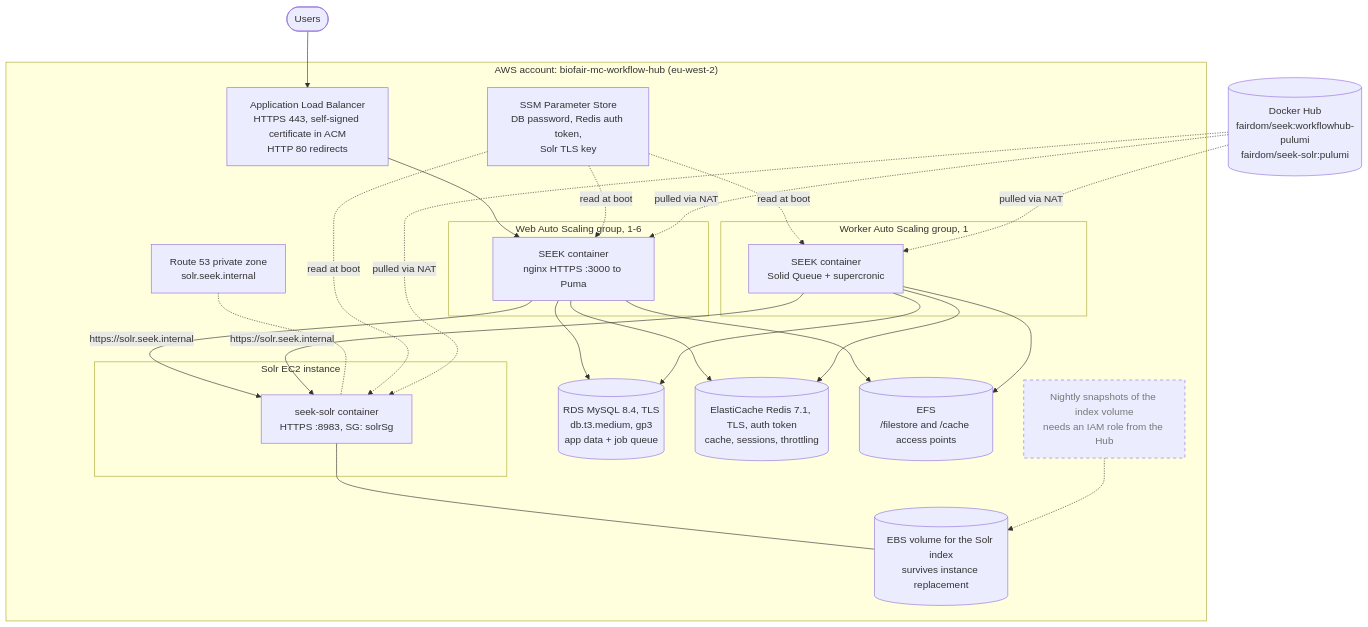
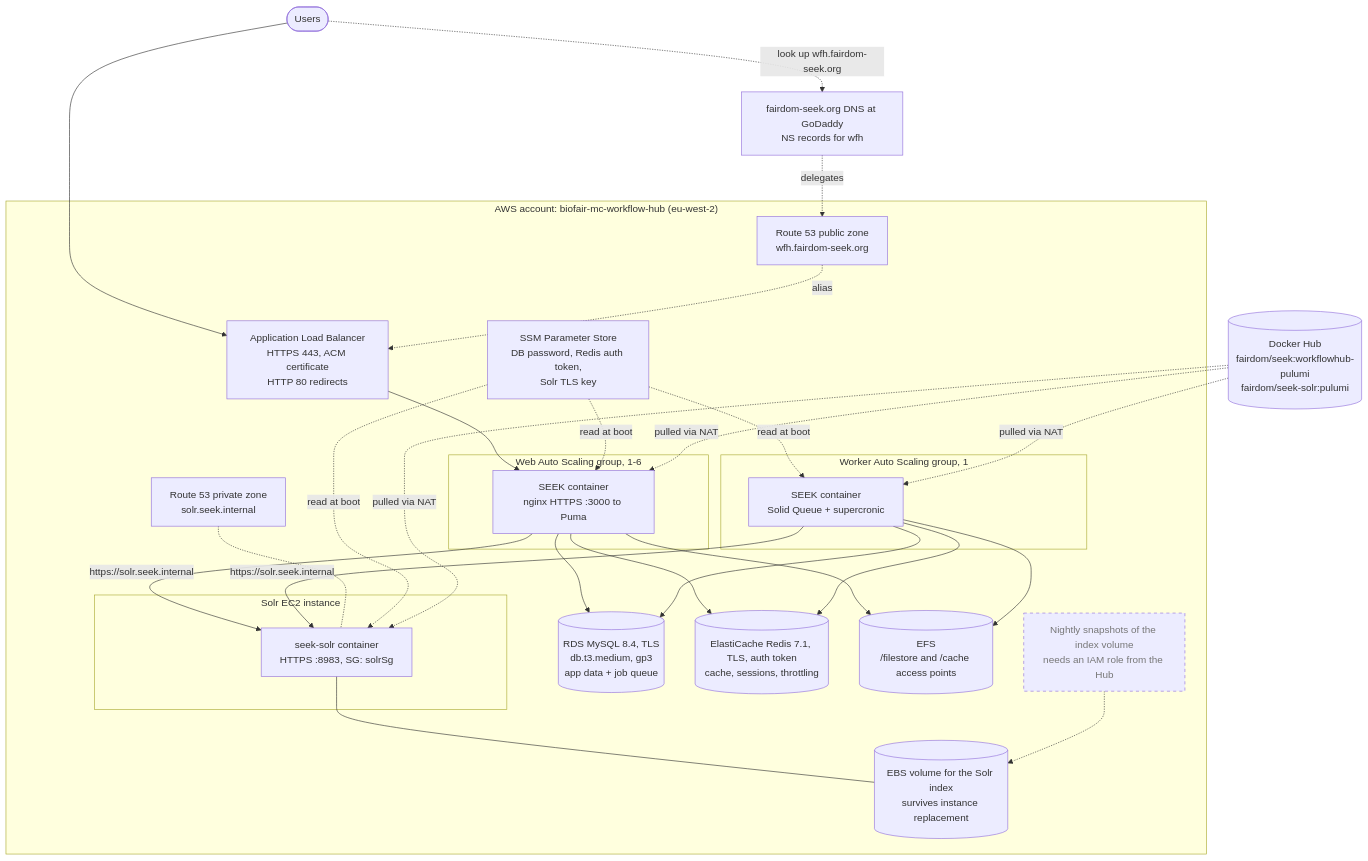
The second of 4 diagrams in docs/pulumi-architecture.md (seek4science/seek), drawn with Mermaid before and after one commit. The commit also changed other lines of this file and 3 other files, not shown here.

First line of the commit message:
Document the site's domain and ACM certificate

````diff
--- a/docs/pulumi-architecture.md
+++ b/docs/pulumi-architecture.md
@@ -65,50 +66,55 @@
 ```mermaid
 flowchart TB
     users(["Users"])
     hub[("Docker Hub<br/>fairdom/seek:workflowhub-pulumi<br/>fairdom/seek-solr:pulumi")]
+    parent["fairdom-seek.org DNS at GoDaddy<br/>NS records for wfh"]
 
     subgraph aws["AWS account: biofair-mc-workflow-hub (eu-west-2)"]
-        alb["Application Load Balancer<br/>HTTPS 443, self-signed certificate in ACM<br/>HTTP 80 redirects"]
+        alb["Application Load Balancer<br/>HTTPS 443, ACM certificate<br/>HTTP 80 redirects"]
 
         subgraph webasg["Web Auto Scaling group, 1-6"]
             web["SEEK container<br/>nginx HTTPS :3000 to Puma"]
         end
         subgraph workerasg["Worker Auto Scaling group, 1"]
             workers["SEEK container<br/>Solid Queue + supercronic"]
         end
         subgraph solrbox["Solr EC2 instance"]
             solr["seek-solr container<br/>HTTPS :8983, SG: solrSg"]
         end
 
         privdns["Route 53 private zone<br/>solr.seek.internal"]
+        pubdns["Route 53 public zone<br/>wfh.fairdom-seek.org"]
         rds[("RDS MySQL 8.4, TLS<br/>db.t3.medium, gp3<br/>app data + job queue")]
         redis[("ElastiCache Redis 7.1, TLS, auth token<br/>cache, sessions, throttling")]
         efs[("EFS<br/>/filestore and /cache access points")]
         params["SSM Parameter Store<br/>DB password, Redis auth token,<br/>Solr TLS key"]
 
         ebs[("EBS volume for the Solr index<br/>survives instance replacement")]
         snaps["Nightly snapshots of the index volume<br/>needs an IAM role from the Hub"]
     end
 
     users --> alb --> web
+    users -. "look up wfh.fairdom-seek.org" .-> parent
+    parent -. "delegates" .-> pubdns
+    pubdns -. "alias" .-> alb
     web --> rds
     web --> redis
     web --> efs
     web -- "https://solr.seek.internal" --> solr
     workers --> rds
     workers --> redis
     workers --> efs
     workers -- "https://solr.seek.internal" --> solr
     privdns -.- solr
     params -. "read at boot" .-> web
     params -. "read at boot" .-> workers
     params -. "read at boot" .-> solr
     hub -. "pulled via NAT" .-> web
     hub -. "pulled via NAT" .-> workers
     hub -. "pulled via NAT" .-> solr
     solr --- ebs
     snaps -.-> ebs
 
     classDef planned stroke-dasharray:5 5,color:#777
     class snaps planned
 ```
````
